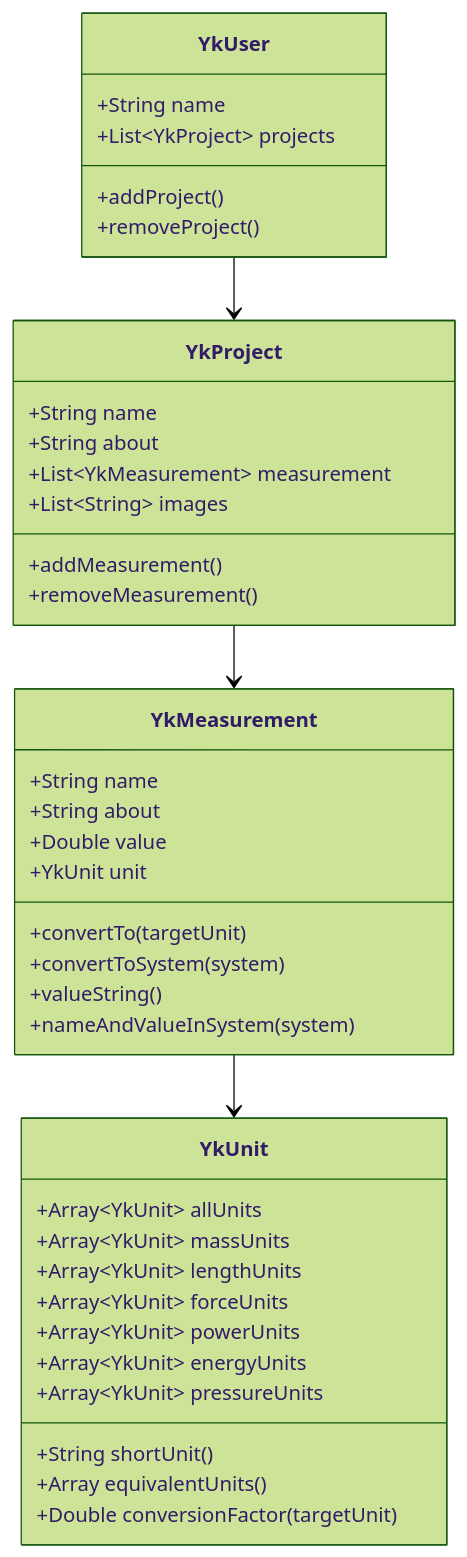
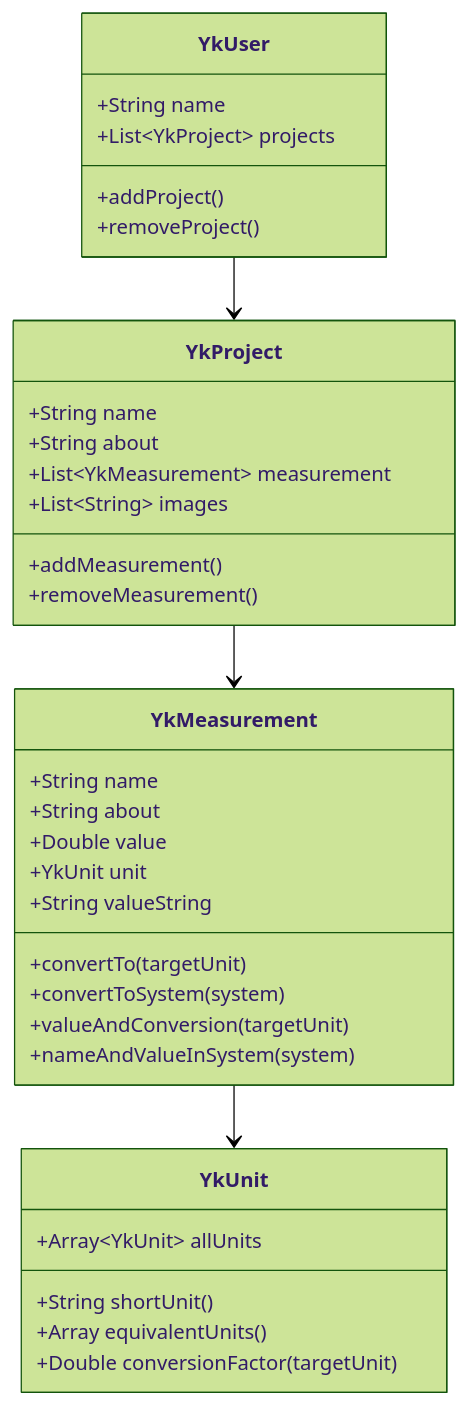
The diagram in README.md (radcli14/youkon), drawn with Mermaid (forest theme) before and after one commit.

Commit message:
removed from YkUnit the items that have moved into their own enum

````diff
--- a/README.md
+++ b/README.md
@@ -34,42 +34,37 @@
 ```mermaid
 classDiagram
 YkUser --> YkProject
 YkProject --> YkMeasurement
 YkMeasurement --> YkUnit
 class YkUser {
 +String name
 +List~YkProject~ projects
 +addProject()
 +removeProject()
 }
 class YkProject {
 +String name
 +String about
 +List~YkMeasurement~ measurement
 +List~String~ images
 +addMeasurement()
 +removeMeasurement()
 }
 class YkMeasurement {
 +String name
 +String about
 +Double value
 +YkUnit unit
++String valueString
 +convertTo(targetUnit)
 +convertToSystem(system)
-+valueString()
++valueAndConversion(targetUnit)
 +nameAndValueInSystem(system)
 }
 class YkUnit {
 +Array~YkUnit~ allUnits
-+Array~YkUnit~ massUnits
-+Array~YkUnit~ lengthUnits
-+Array~YkUnit~ forceUnits
-+Array~YkUnit~ powerUnits
-+Array~YkUnit~ energyUnits
-+Array~YkUnit~ pressureUnits
 +String shortUnit()
 +Array<YkUnit> equivalentUnits()
 +Double conversionFactor(targetUnit)
 }
 ```
````
